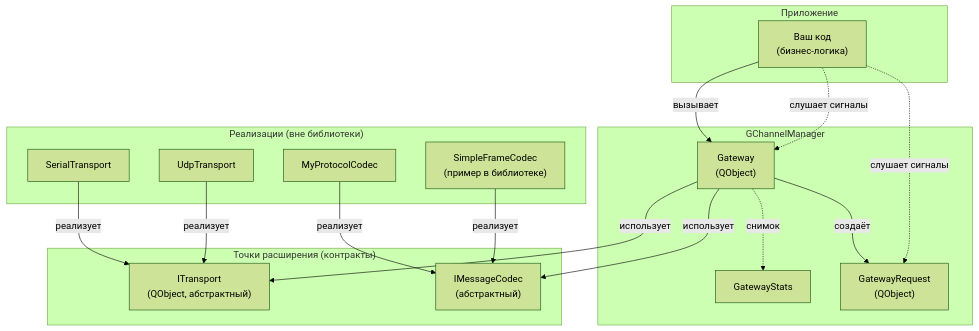
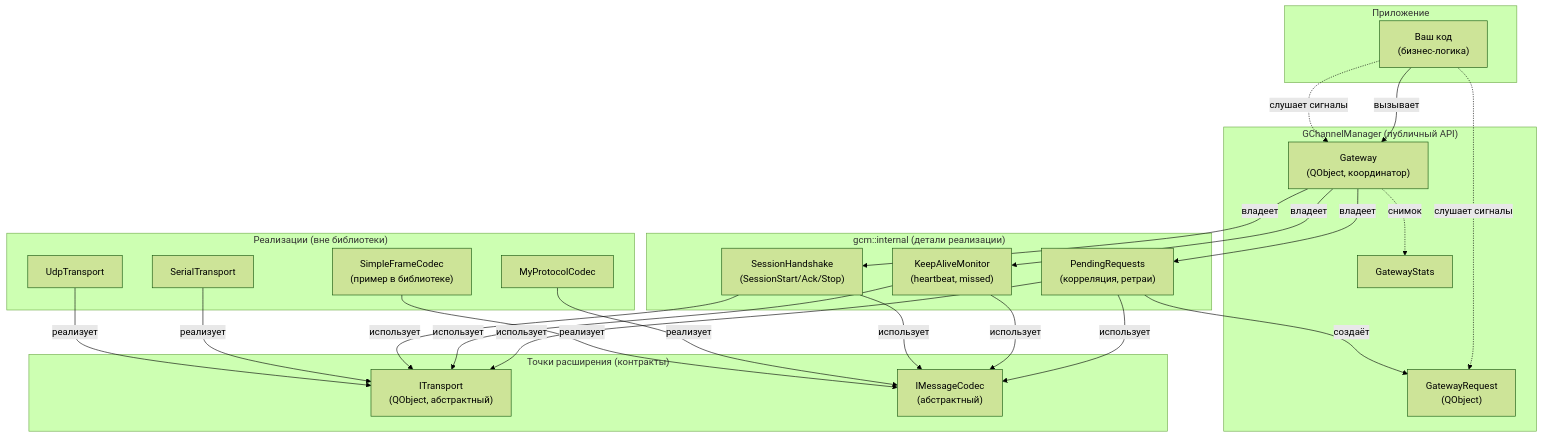
Before and after one commit to Saytikus/GChannelManager: the diagram in docs/02-Архитектура.md, drawn with Mermaid (forest theme). The commit also changed other lines of this file and 23 other files, not shown here.

````diff
--- a/docs/02-Архитектура.md
+++ b/docs/02-Архитектура.md
@@ -5,36 +5,52 @@
 ```mermaid
 flowchart TB
     subgraph App["Приложение"]
         UserCode["Ваш код<br/>(бизнес-логика)"]
     end
 
-    subgraph Lib["GChannelManager"]
-        Gateway["Gateway<br/>(QObject)"]
+    subgraph Lib["GChannelManager (публичный API)"]
+        Gateway["Gateway<br/>(QObject, координатор)"]
         Stats["GatewayStats"]
         Req["GatewayRequest<br/>(QObject)"]
         Gateway -.снимок.-> Stats
-        Gateway -- создаёт --> Req
+    end
+
+    subgraph Internal["gcm::internal (детали реализации)"]
+        Pending["PendingRequests<br/>(корреляция, ретраи)"]
+        KAM["KeepAliveMonitor<br/>(heartbeat, missed)"]
+        SH["SessionHandshake<br/>(SessionStart/Ack/Stop)"]
     end
 
     subgraph Plug["Точки расширения (контракты)"]
         ITransport["ITransport<br/>(QObject, абстрактный)"]
         IMessageCodec["IMessageCodec<br/>(абстрактный)"]
     end
 
     subgraph Impl["Реализации (вне библиотеки)"]
         Serial["SerialTransport"]
         Udp["UdpTransport"]
         MyCodec["MyProtocolCodec"]
         Simple["SimpleFrameCodec<br/>(пример в библиотеке)"]
     end
 
     UserCode -- вызывает --> Gateway
     UserCode -. слушает сигналы .-> Gateway
     UserCode -. слушает сигналы .-> Req
-    Gateway -- использует --> ITransport
-    Gateway -- использует --> IMessageCodec
+
+    Gateway -- владеет --> Pending
+    Gateway -- владеет --> KAM
+    Gateway -- владеет --> SH
+    Pending -- создаёт --> Req
+
+    Pending -- использует --> ITransport
+    Pending -- использует --> IMessageCodec
+    KAM -- использует --> ITransport
+    KAM -- использует --> IMessageCodec
+    SH -- использует --> ITransport
+    SH -- использует --> IMessageCodec
+
     Serial -->|реализует| ITransport
     Udp -->|реализует| ITransport
     MyCodec -->|реализует| IMessageCodec
     Simple -->|реализует| IMessageCodec
 ```
````
